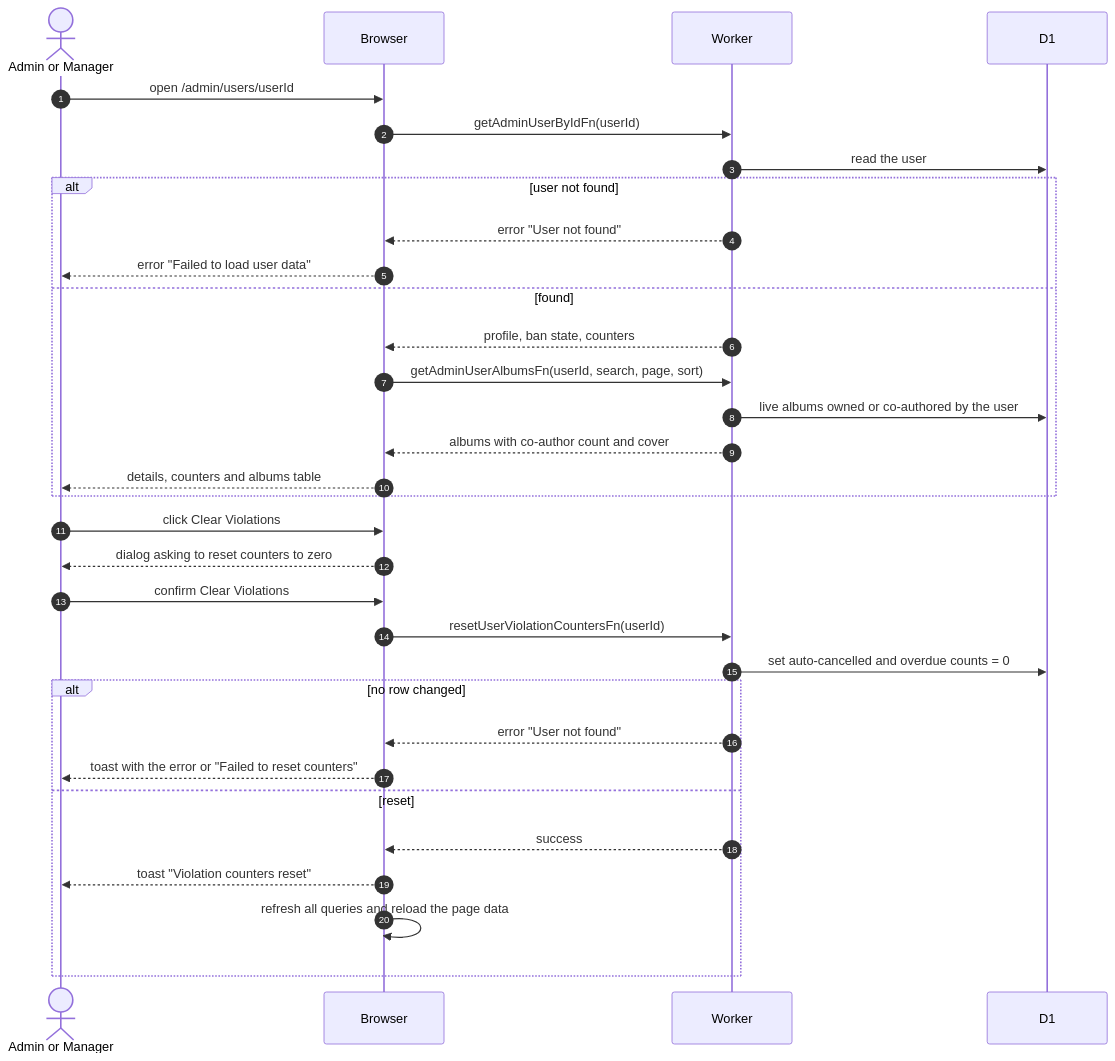
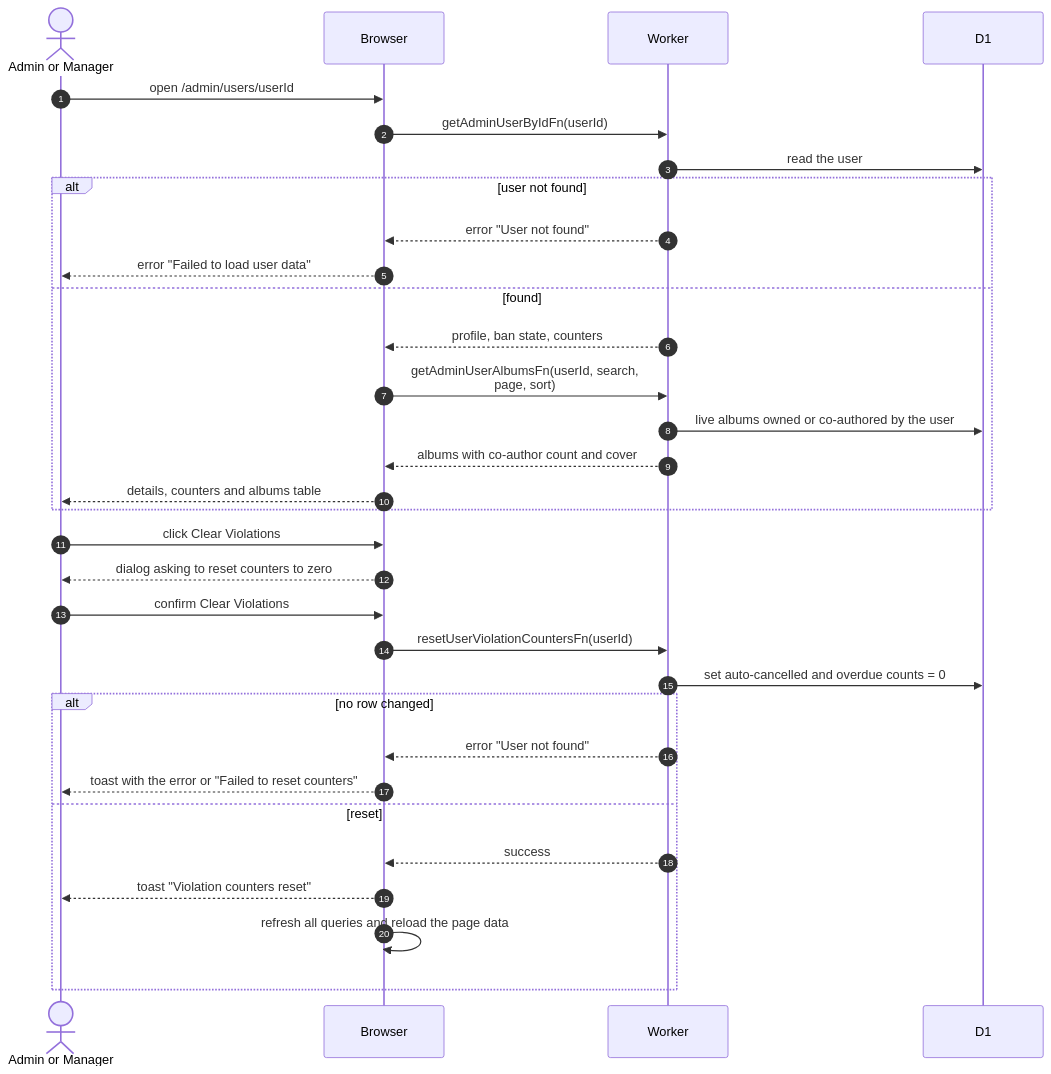
One commit to sagyzdop/meriksirat changed the diagram in docs/scenarios/admin/member-detail.md. Above: the diagram before and after it, drawn with Mermaid. The commit also changed other lines of this file and 24 other files, not shown here.

Commit message:
docs(scenarios): verify admin diagrams against the code

````diff
--- a/docs/scenarios/admin/member-detail.md
+++ b/docs/scenarios/admin/member-detail.md
@@ -14,35 +14,35 @@
 ```mermaid
 sequenceDiagram
     autonumber
     actor Person as Admin or Manager
     participant Browser
     participant Worker
     participant D1
 
     Person->>Browser: open /admin/users/userId
     Browser->>Worker: getAdminUserByIdFn(userId)
     Worker->>D1: read the user
     alt user not found
         Worker-->>Browser: error "User not found"
         Browser-->>Person: error "Failed to load user data"
     else found
         Worker-->>Browser: profile, ban state, counters
-        Browser->>Worker: getAdminUserAlbumsFn(userId, search, page, sort)
+        Browser->>Worker: getAdminUserAlbumsFn(userId, search,<br/>page, sort)
         Worker->>D1: live albums owned or co-authored by the user
         Worker-->>Browser: albums with co-author count and cover
         Browser-->>Person: details, counters and albums table
     end
     Person->>Browser: click Clear Violations
     Browser-->>Person: dialog asking to reset counters to zero
     Person->>Browser: confirm Clear Violations
     Browser->>Worker: resetUserViolationCountersFn(userId)
     Worker->>D1: set auto-cancelled and overdue counts = 0
     alt no row changed
         Worker-->>Browser: error "User not found"
         Browser-->>Person: toast with the error or "Failed to reset counters"
     else reset
         Worker-->>Browser: success
         Browser-->>Person: toast "Violation counters reset"
         Browser->>Browser: refresh all queries and reload the page data
     end
 ```
````
